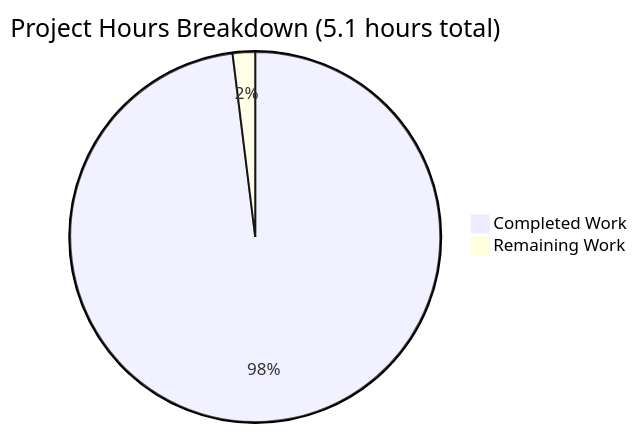
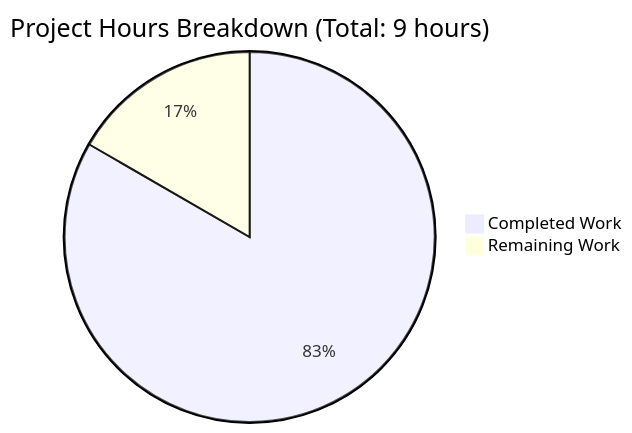
One commit to ShaliniTesting/13nov01 changed the diagram in blitzy/documentation/Project Guide.md. Above: the diagram before and after it, drawn with Mermaid. The commit also changed other lines of this file, not shown here.

Commit message:
Adding Blitzy Project Guide: Project Status and Human Tasks Remaining

````diff
--- a/blitzy/documentation/Project Guide.md
+++ b/blitzy/documentation/Project Guide.md
@@ -74,5 +45,5 @@
 ```mermaid
-pie title Project Hours Breakdown (5.1 hours total)
-    "Completed Work" : 5.0
-    "Remaining Work" : 0.1
+pie title Project Hours Breakdown (Total: 9 hours)
+    "Completed Work" : 7.5
+    "Remaining Work" : 1.5
 ```
````
